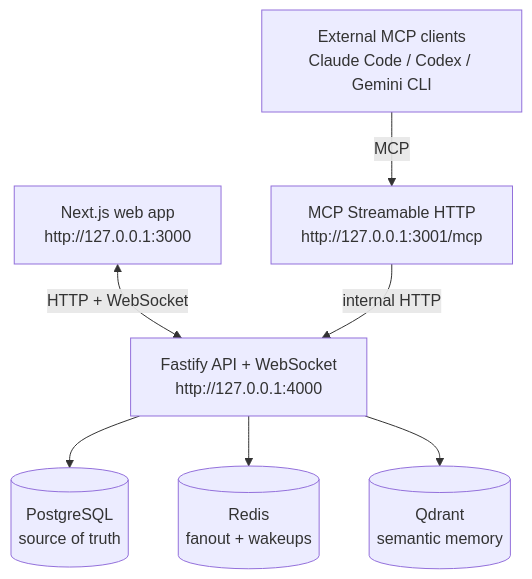
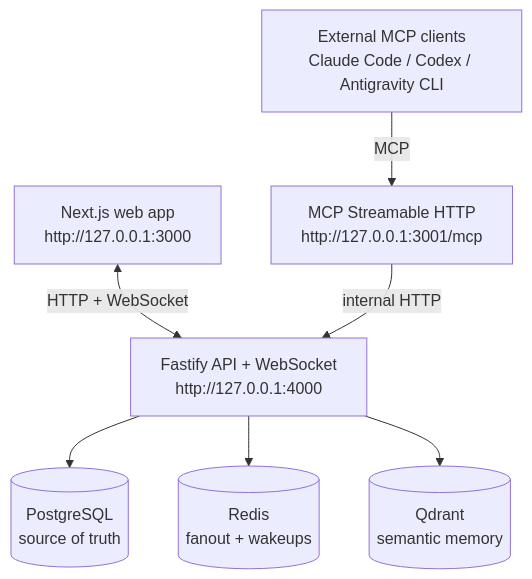
Before and after one commit to santiagobarrazas/Centragent: the diagram in README.md, drawn with Mermaid. The commit also changed other lines of this file and 6 other files, not shown here.

````diff
--- a/README.md
+++ b/README.md
@@ -9,17 +9,17 @@
 ```mermaid
 flowchart TB
   web["Next.js web app<br/>http://127.0.0.1:3000"]
   api["Fastify API + WebSocket<br/>http://127.0.0.1:4000"]
   mcp["MCP Streamable HTTP<br/>http://127.0.0.1:3001/mcp"]
   pg[("PostgreSQL<br/>source of truth")]
   redis[("Redis<br/>fanout + wakeups")]
   qdrant[("Qdrant<br/>semantic memory")]
-  agents["External MCP clients<br/>Claude Code / Codex / Gemini CLI"]
+  agents["External MCP clients<br/>Claude Code / Codex / Antigravity CLI"]
 
   web <-->|HTTP + WebSocket| api
   agents -->|MCP| mcp
   mcp -->|internal HTTP| api
   api --> pg
   api --> redis
   api --> qdrant
 ```
````
